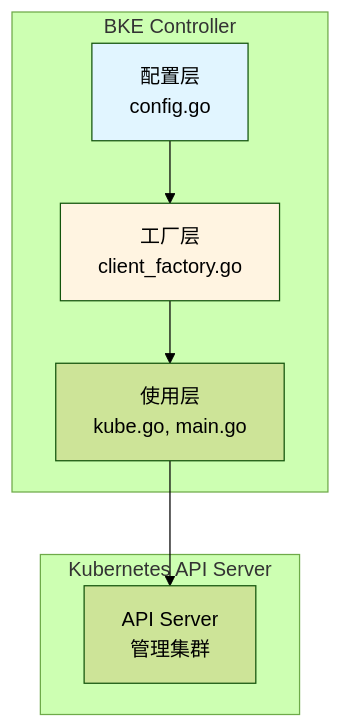
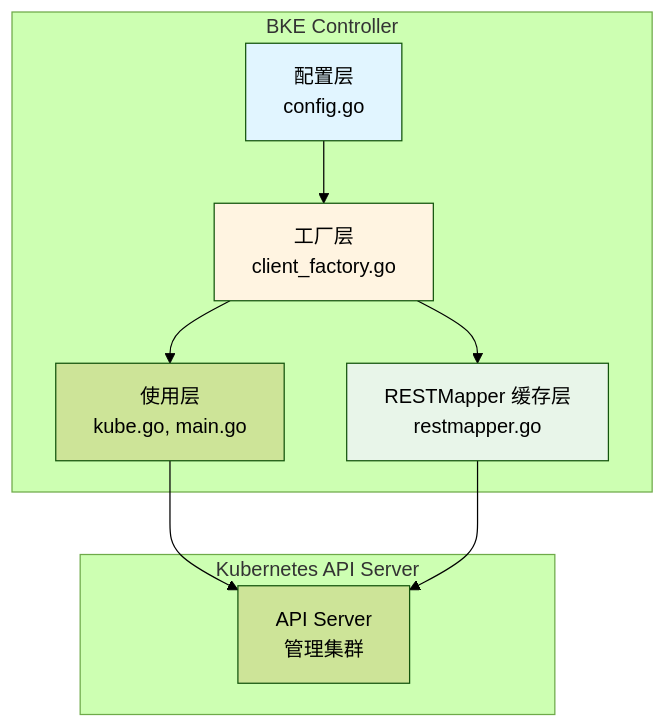
One commit to javadoors/cluster-api-provider-bke changed the first of 7 diagrams in code/performance/report/api-throttling-optimization.md. Above: the diagram before and after it, drawn with Mermaid (forest theme). The commit also changed other lines of this file, not shown here.

````diff
--- a/code/performance/report/api-throttling-optimization.md
+++ b/code/performance/report/api-throttling-optimization.md
@@ -314,16 +558,19 @@
 ```mermaid
 graph TB
     subgraph "BKE Controller"
         A[配置层<br/>config.go] --> B[工厂层<br/>client_factory.go]
         B --> C[使用层<br/>kube.go, main.go]
+        B --> D[RESTMapper 缓存层<br/>restmapper.go]
     end
     
     subgraph "Kubernetes API Server"
         E[API Server<br/>管理集群]
     end
     
     C --> E
+    D --> E
     
     style A fill:#e1f5ff
     style B fill:#fff4e1
+    style D fill:#e8f5e9
 ```
````
